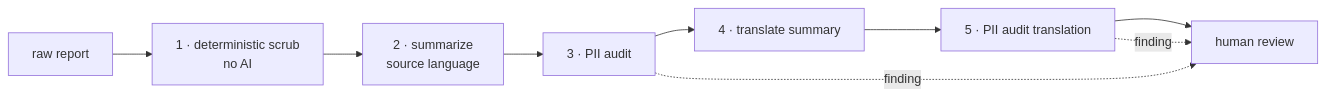
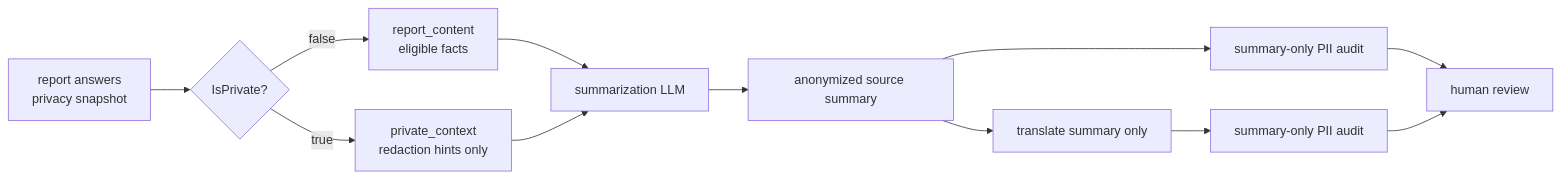
Before and after one commit to HPAC-Safety/safety-report: the diagram in docs/anonymization-policy.md, drawn with Mermaid. The commit also changed other lines of this file and 117 other files, not shown here.

First line of the commit message:
Replace deterministic scrubbing with immutable question privacy (#73)

````diff
--- a/docs/anonymization-policy.md
+++ b/docs/anonymization-policy.md
@@ -18,11 +33,14 @@
 ```mermaid
 flowchart LR
-    raw["raw report"] --> s1["1 · deterministic scrub<br/>no AI"]
-    s1 --> s2["2 · summarize<br/>source language"]
-    s2 --> s3["3 · PII audit"]
-    s3 --> s4["4 · translate summary"]
-    s4 --> s5["5 · PII audit translation"]
-    s5 --> h["human review"]
-    s3 -. finding .-> h
-    s5 -. finding .-> h
+    answers["report answers<br/>privacy snapshot"] --> partition{"IsPrivate?"}
+    partition -->|false| content["report_content<br/>eligible facts"]
+    partition -->|true| context["private_context<br/>redaction hints only"]
+    content --> model["summarization LLM"]
+    context --> model
+    model --> source["anonymized source summary"]
+    source --> audit1["summary-only PII audit"]
+    source --> translate["translate summary only"]
+    translate --> audit2["summary-only PII audit"]
+    audit1 --> review["human review"]
+    audit2 --> review
 ```
````
